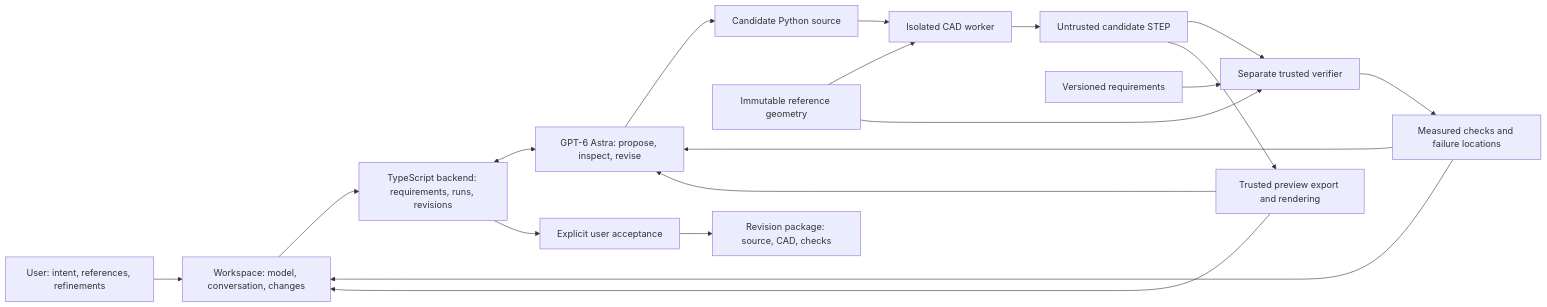
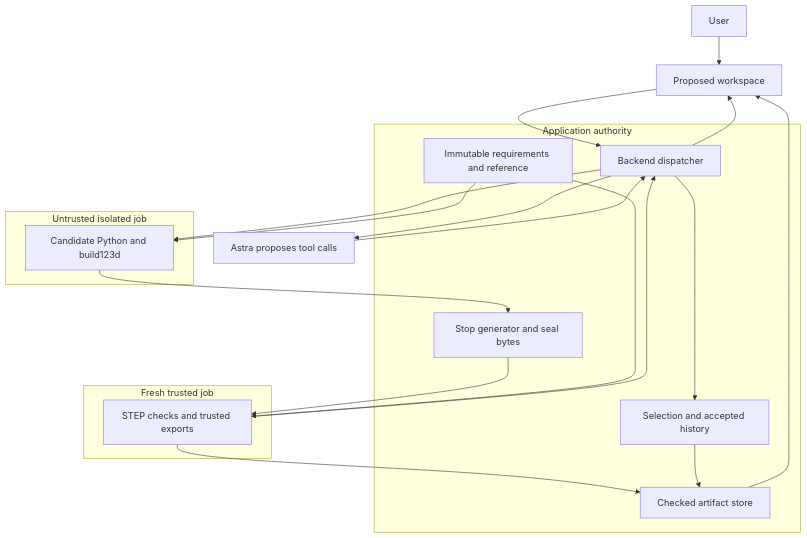
The first of 3 diagrams in docs/architecture.md (benikigai/worldkinetic), drawn with Mermaid before and after one commit. The commit also changed other lines of this file and 4 other files, not shown here.

First line of the commit message:
Implement PLAN-DOCS-01 with verified Astra build

````diff
--- a/docs/architecture.md
+++ b/docs/architecture.md
@@ -23,21 +28,31 @@
 ```mermaid
-flowchart LR
-    U[User: intent, references, refinements] --> W[Workspace: model, conversation, changes]
-    W --> B[TypeScript backend: requirements, runs, revisions]
-    B <--> A[GPT-6 Astra: propose, inspect, revise]
-    A --> C[Candidate Python source]
-    C --> G[Isolated CAD worker]
-    R[Immutable reference geometry] --> G
-    G --> S[Untrusted candidate STEP]
-    S --> V[Separate trusted verifier]
-    R --> V
-    Q[Versioned requirements] --> V
-    V --> E[Measured checks and failure locations]
-    S --> P[Trusted preview export and rendering]
-    P --> A
-    E --> A
+flowchart TB
+    U["User"] --> W["Proposed workspace"]
+    subgraph APP["Application authority"]
+        B["Backend dispatcher"]
+        Q["Immutable requirements and reference"]
+        S["Stop generator and seal bytes"]
+        H["Selection and accepted history"]
+        P["Checked artifact store"]
+    end
+    W --> B
+    B --> A["Astra proposes tool calls"]
+    A --> B
+    subgraph GEN["Untrusted isolated job"]
+        G["Candidate Python and build123d"]
+    end
+    B --> G
+    Q --> G
+    G --> S
+    subgraph VERIFY["Fresh trusted job"]
+        V["STEP checks and trusted exports"]
+    end
+    S --> V
+    Q --> V
+    V --> B
+    V --> P
+    B --> W
+    B --> H
+    H --> P
     P --> W
-    E --> W
-    B --> H[Explicit user acceptance]
-    H --> X[Revision package: source, CAD, checks]
 ```
````
